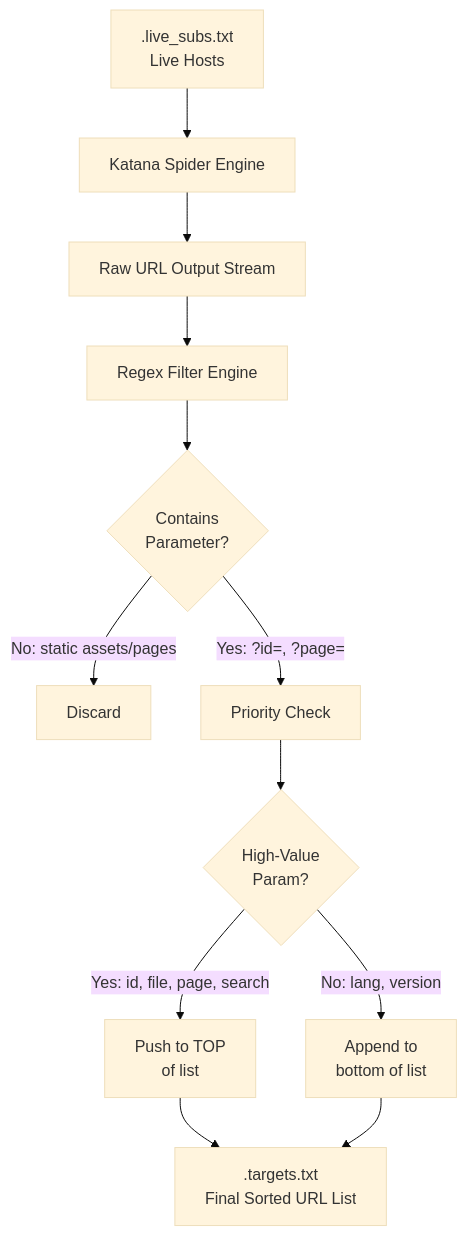
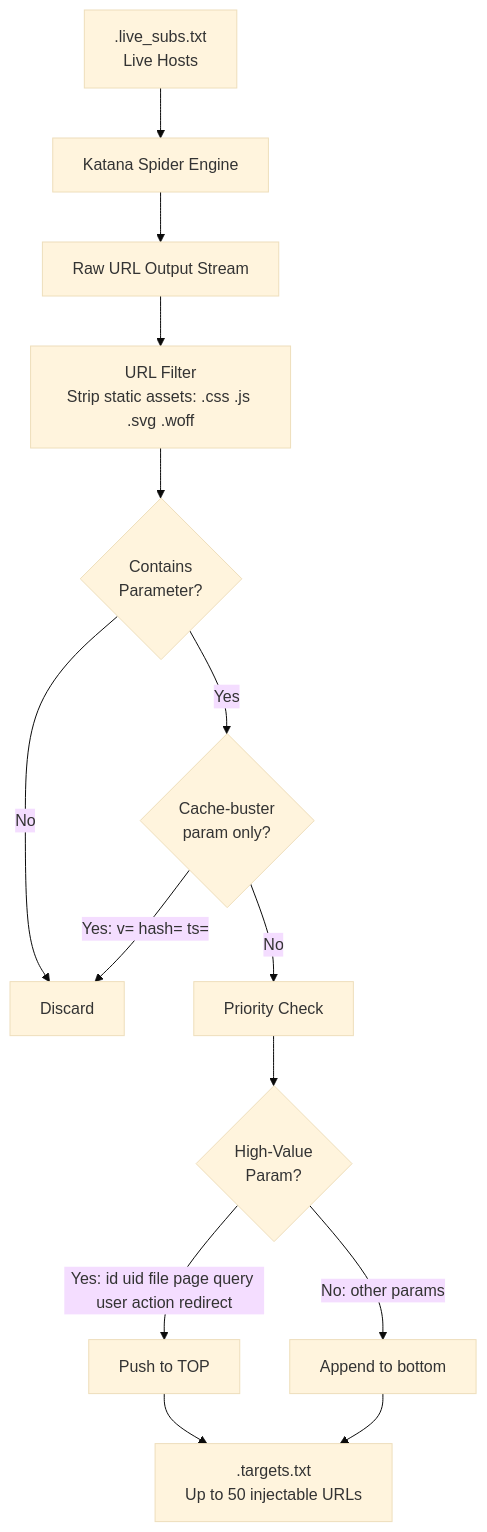
Before and after one commit to syed-sameer-ul-hassan/SQL-Easy: the eighth of 14 diagrams in README.md, drawn with Mermaid (base theme). The commit also changed other lines of this file and 26 other files, not shown here.

````diff
--- a/README.md
+++ b/README.md
@@ -162,13 +387,15 @@
 ```mermaid
 flowchart TD
     A[.live_subs.txt\nLive Hosts] --> B[Katana Spider Engine]
     B --> C[Raw URL Output Stream]
-    C --> D[Regex Filter Engine]
-    D --> E{Contains\nParameter?}
-    E -->|No: static assets/pages| F[Discard]
-    E -->|Yes: ?id=, ?page=| G[Priority Check]
+    C --> FILT[URL Filter\nStrip static assets: .css .js .svg .woff]
+    FILT --> D{Contains\nParameter?}
+    D -->|No| F[Discard]
+    D -->|Yes| CB{Cache-buster\nparam only?}
+    CB -->|Yes: v= hash= ts=| F
+    CB -->|No| G[Priority Check]
     G --> H{High-Value\nParam?}
-    H -->|Yes: id, file, page, search| I[Push to TOP\nof list]
-    H -->|No: lang, version| J[Append to\nbottom of list]
-    I & J --> K[.targets.txt\nFinal Sorted URL List]
+    H -->|Yes: id uid file page query user action redirect| I[Push to TOP]
+    H -->|No: other params| J[Append to bottom]
+    I & J --> K[.targets.txt\nUp to 50 injectable URLs]
 ```
````
